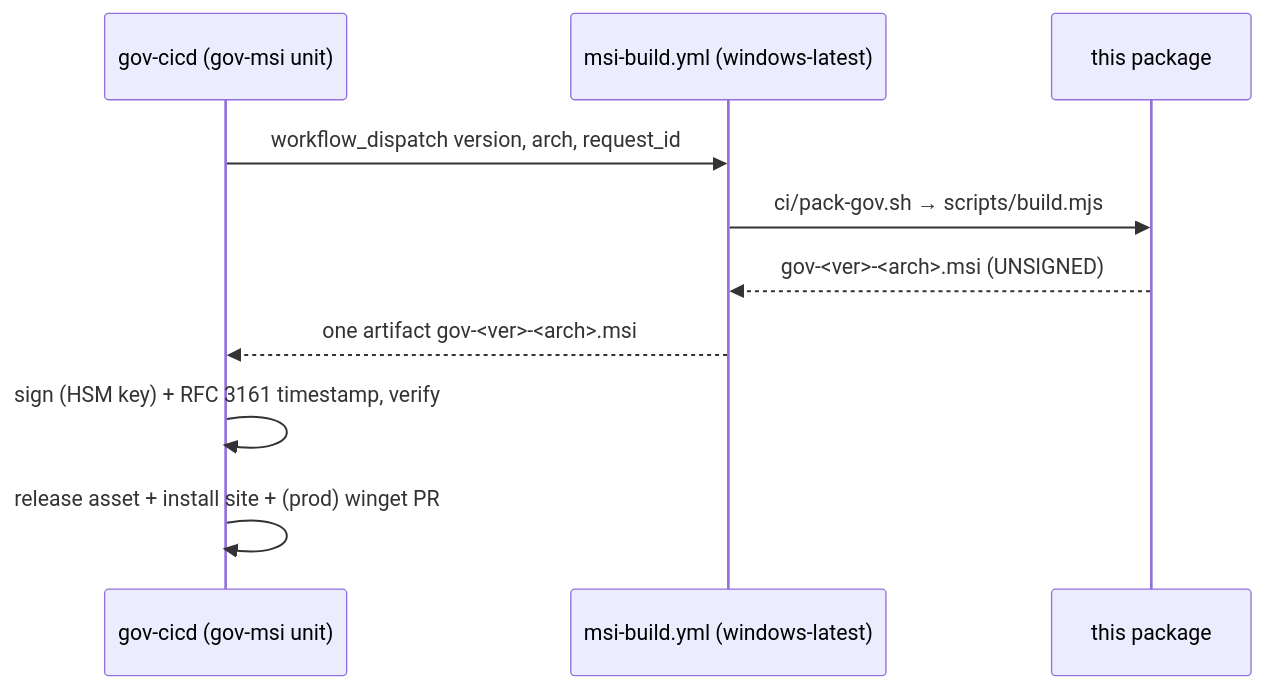
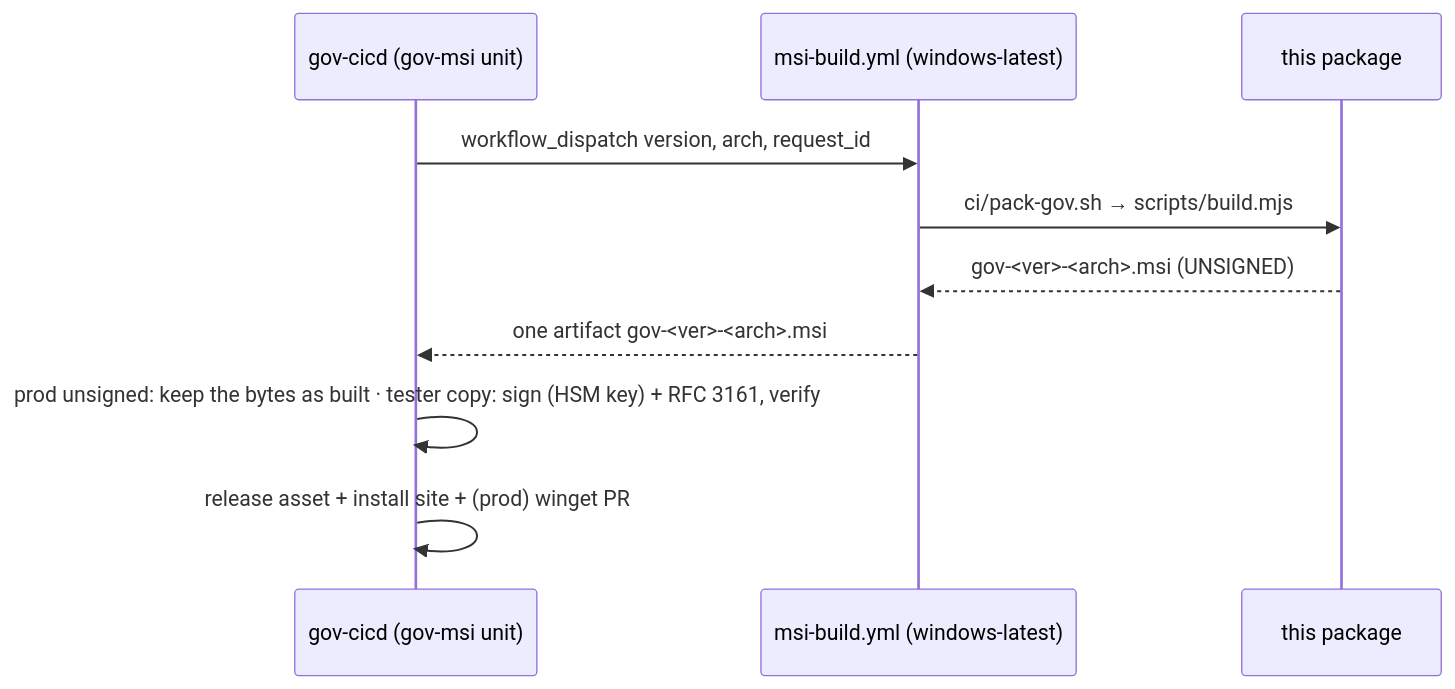
The diagram in packages/msi/README.md (svayam-opensource/governed-agentic-dev-framework), drawn with Mermaid before and after one commit. The commit also changed other lines of this file and 13 other files, not shown here.

````diff
--- a/packages/msi/README.md
+++ b/packages/msi/README.md
@@ -17,12 +17,12 @@
 ```mermaid
 sequenceDiagram
   participant C as gov-cicd (gov-msi unit)
   participant W as msi-build.yml (windows-latest)
   participant P as this package
   C->>W: workflow_dispatch version, arch, request_id
   W->>P: ci/pack-gov.sh → scripts/build.mjs
   P-->>W: gov-<ver>-<arch>.msi (UNSIGNED)
   W-->>C: one artifact gov-<ver>-<arch>.msi
-  C->>C: sign (HSM key) + RFC 3161 timestamp, verify
+  C->>C: prod unsigned: keep the bytes as built · tester copy: sign (HSM key) + RFC 3161, verify
   C->>C: release asset + install site + (prod) winget PR
 ```
````
